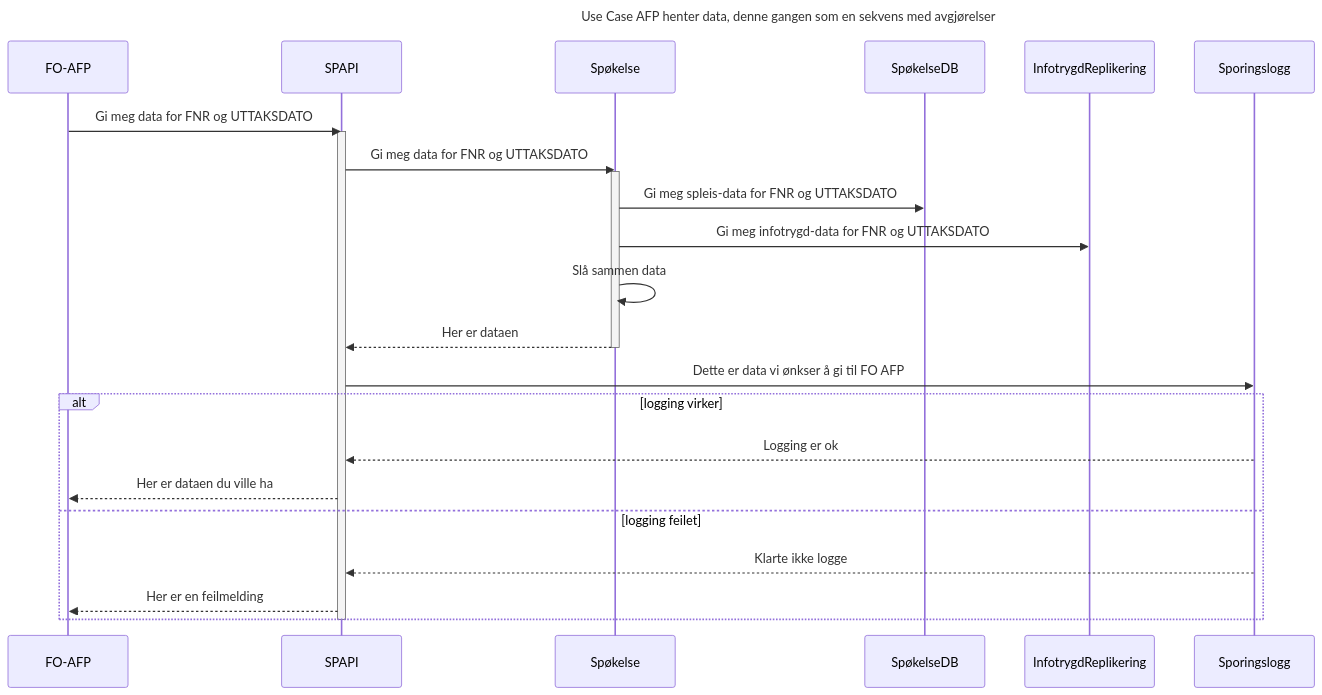
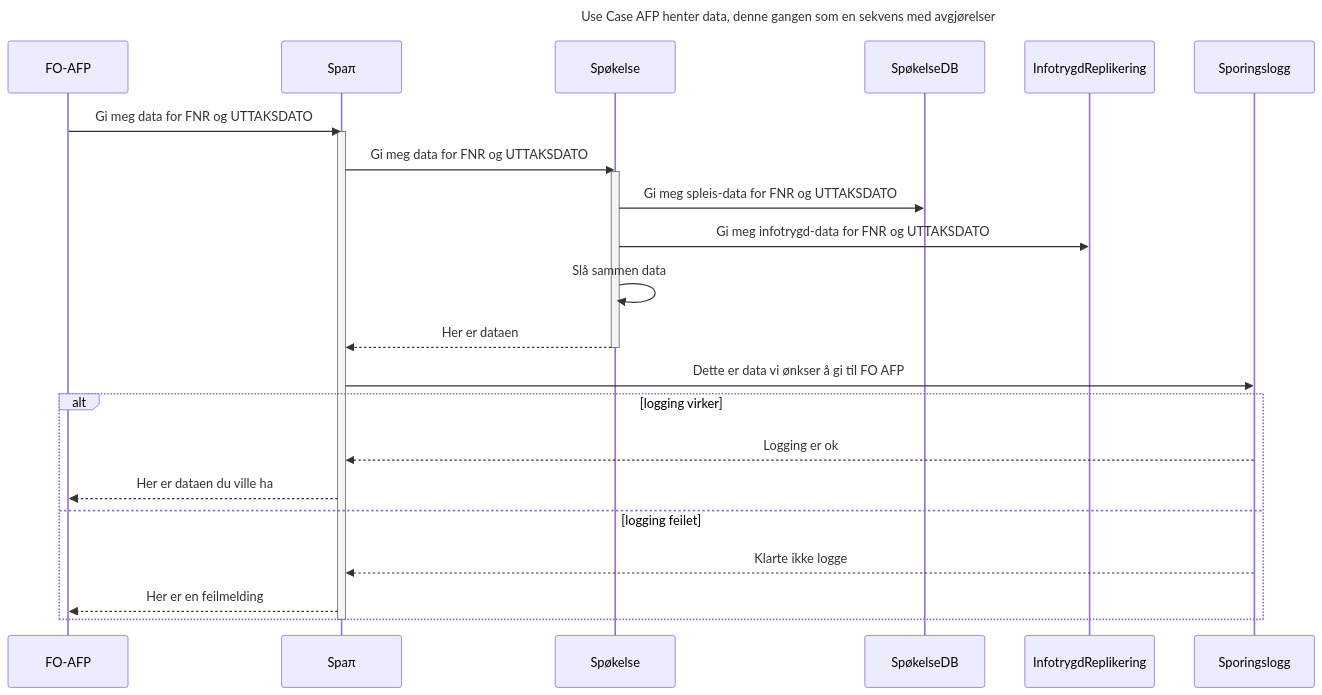
One commit to navikt/helse-spapi changed the fourth of 4 diagrams in README.md. Above: the diagram before and after it, drawn with Mermaid. The commit also changed other lines of this file and 1 other file, not shown here.

Commit message:
Litt teit å logge til sikkerlogg OG printe det ut åpent? 🤨

````diff
--- a/README.md
+++ b/README.md
@@ -40,24 +40,24 @@
 ```mermaid
 ---
 title: Use Case AFP henter data, denne gangen som en sekvens med avgjørelser
 ---
 sequenceDiagram
-    FO-AFP ->> SPAPI: Gi meg data for FNR og UTTAKSDATO
-    activate SPAPI
-    SPAPI ->> Spøkelse: Gi meg data for FNR og UTTAKSDATO
+    FO-AFP ->> Spaπ: Gi meg data for FNR og UTTAKSDATO
+    activate Spaπ
+    Spaπ ->> Spøkelse: Gi meg data for FNR og UTTAKSDATO
     activate Spøkelse
     Spøkelse ->> SpøkelseDB: Gi meg spleis-data for FNR og UTTAKSDATO
     Spøkelse ->> InfotrygdReplikering: Gi meg infotrygd-data for FNR og UTTAKSDATO
     Spøkelse ->> Spøkelse: Slå sammen data
-    Spøkelse -->> SPAPI: Her er dataen
+    Spøkelse -->> Spaπ: Her er dataen
     deactivate Spøkelse
-    SPAPI ->> Sporingslogg: Dette er data vi ønkser å gi til FO AFP
+    Spaπ ->> Sporingslogg: Dette er data vi ønkser å gi til FO AFP
     alt logging virker
-        Sporingslogg -->> SPAPI: Logging er ok
-        SPAPI -->> FO-AFP: Her er dataen du ville ha
+        Sporingslogg -->> Spaπ: Logging er ok
+        Spaπ -->> FO-AFP: Her er dataen du ville ha
     else logging feilet
-        Sporingslogg -->> SPAPI: Klarte ikke logge
-        SPAPI -->> FO-AFP: Her er en feilmelding
+        Sporingslogg -->> Spaπ: Klarte ikke logge
+        Spaπ -->> FO-AFP: Her er en feilmelding
     end
-    deactivate SPAPI
+    deactivate Spaπ
 ```
````
